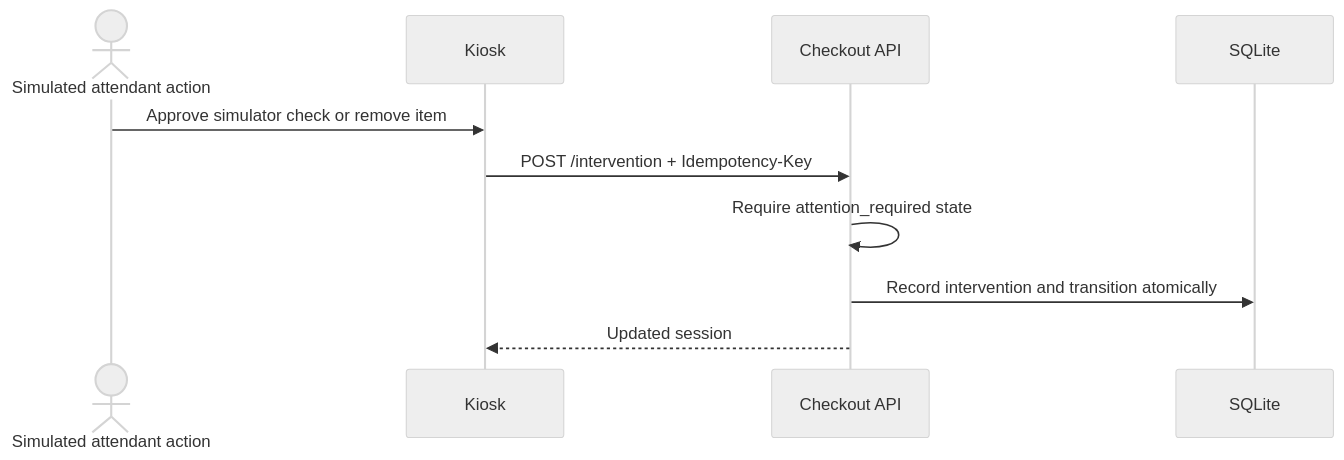
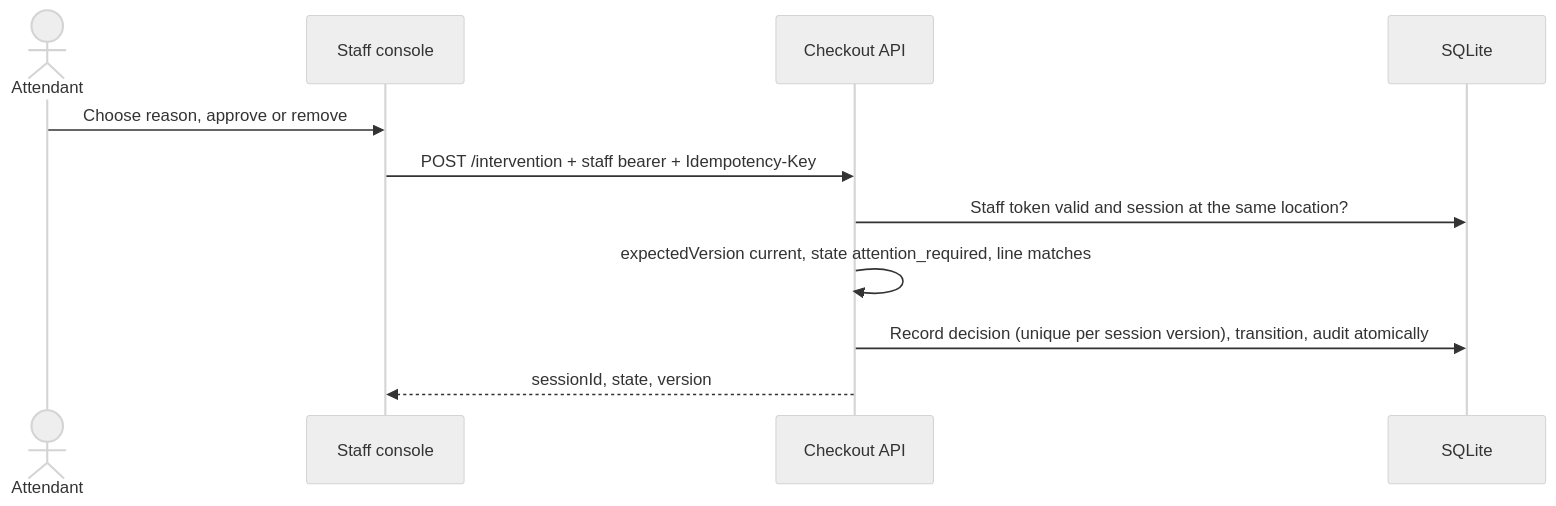
The ninth of 15 diagrams in docs/architecture.md (gopichand-retail-apps/scango-backend), drawn with Mermaid (neutral theme) before and after one commit. The commit also changed other lines of this file and 20 other files, not shown here.

````diff
--- a/docs/architecture.md
+++ b/docs/architecture.md
@@ -198,12 +199,13 @@
 ```mermaid
 sequenceDiagram
-  actor Attendant as Simulated attendant action
-  participant UI as Kiosk
+  actor Attendant
+  participant UI as Staff console
   participant API as Checkout API
   participant DB as SQLite
-  Attendant->>UI: Approve simulator check or remove item
-  UI->>API: POST /intervention + Idempotency-Key
-  API->>API: Require attention_required state
-  API->>DB: Record intervention and transition atomically
-  API-->>UI: Updated session
+  Attendant->>UI: Choose reason, approve or remove
+  UI->>API: POST /intervention + staff bearer + Idempotency-Key
+  API->>DB: Staff token valid and session at the same location?
+  API->>API: expectedVersion current, state attention_required, line matches
+  API->>DB: Record decision (unique per session version), transition, audit atomically
+  API-->>UI: sessionId, state, version
 ```
````
